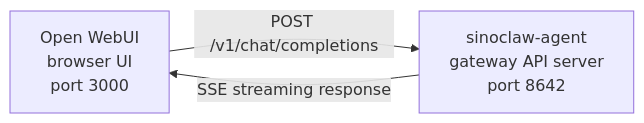
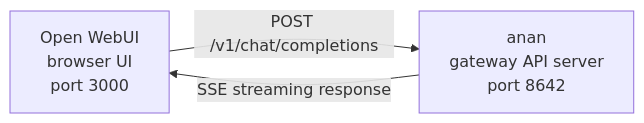
The diagram in website/docs/user-guide/messaging/open-webui.md (sinoclaw/anan), drawn with Mermaid before and after one commit. The commit also changed other lines of this file and 1736 other files, not shown here.

Commit message:
brand: sinoclaw → anan full rename (CLI选B, ~/.sinoclaw/→~/.anan/)

````diff
--- a/website/docs/user-guide/messaging/open-webui.md
+++ b/website/docs/user-guide/messaging/open-webui.md
@@ -13,7 +13,7 @@
 ```mermaid
 flowchart LR
     A["Open WebUI<br/>browser UI<br/>port 3000"]
-    B["sinoclaw-agent<br/>gateway API server<br/>port 8642"]
+    B["anan<br/>gateway API server<br/>port 8642"]
     A -->|POST /v1/chat/completions| B
     B -->|SSE streaming response| A
 ```
````
